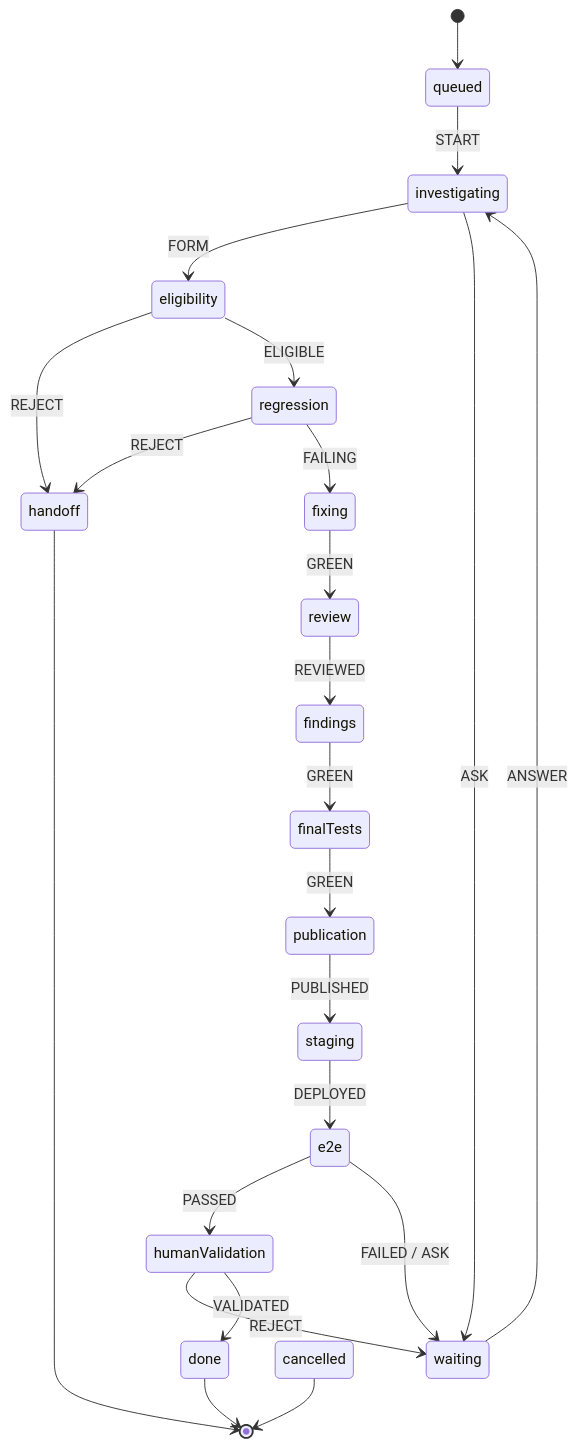
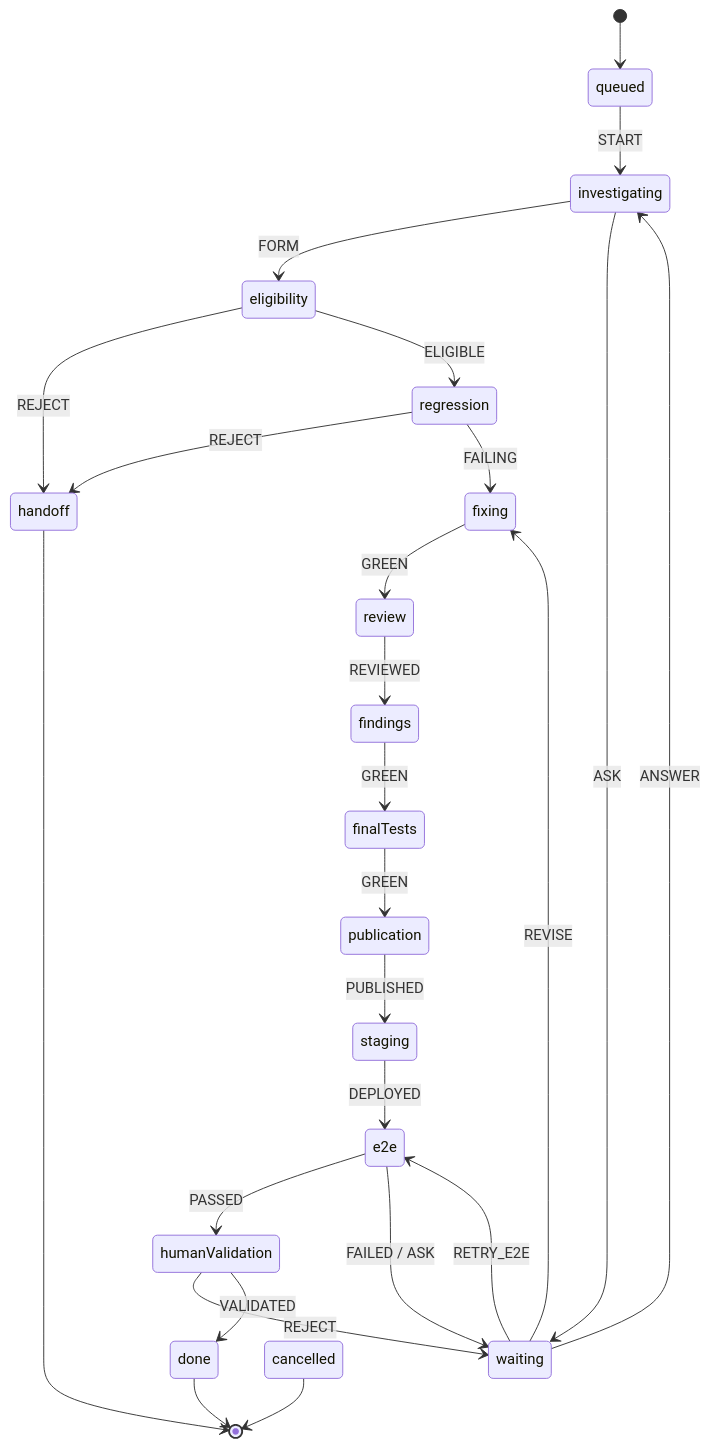
The fourth of 5 diagrams in README.md (art-83/scabbers-cli), drawn with Mermaid before and after one commit. The commit also changed other lines of this file and 72 other files, not shown here.

````diff
--- a/README.md
+++ b/README.md
@@ -176,25 +179,27 @@
 ```mermaid
 stateDiagram-v2
     [*] --> queued
     queued --> investigating: START
     investigating --> eligibility: FORM
     investigating --> waiting: ASK
     eligibility --> handoff: REJECT
     eligibility --> regression: ELIGIBLE
     regression --> handoff: REJECT
     regression --> fixing: FAILING
     fixing --> review: GREEN
     review --> findings: REVIEWED
     findings --> finalTests: GREEN
     finalTests --> publication: GREEN
     publication --> staging: PUBLISHED
     staging --> e2e: DEPLOYED
     e2e --> humanValidation: PASSED
     e2e --> waiting: FAILED / ASK
     humanValidation --> waiting: REJECT
     humanValidation --> done: VALIDATED
     waiting --> investigating: ANSWER
+    waiting --> e2e: RETRY_E2E
+    waiting --> fixing: REVISE
     handoff --> [*]
     done --> [*]
     cancelled --> [*]
 ```
````
